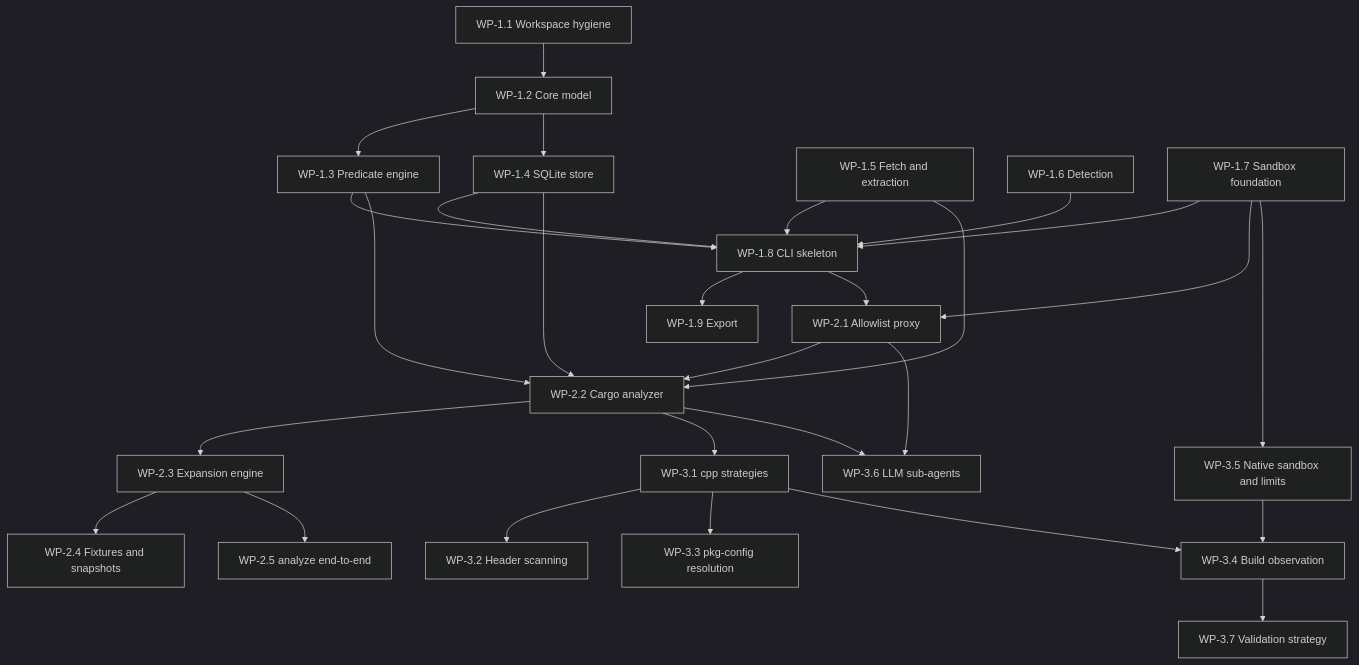
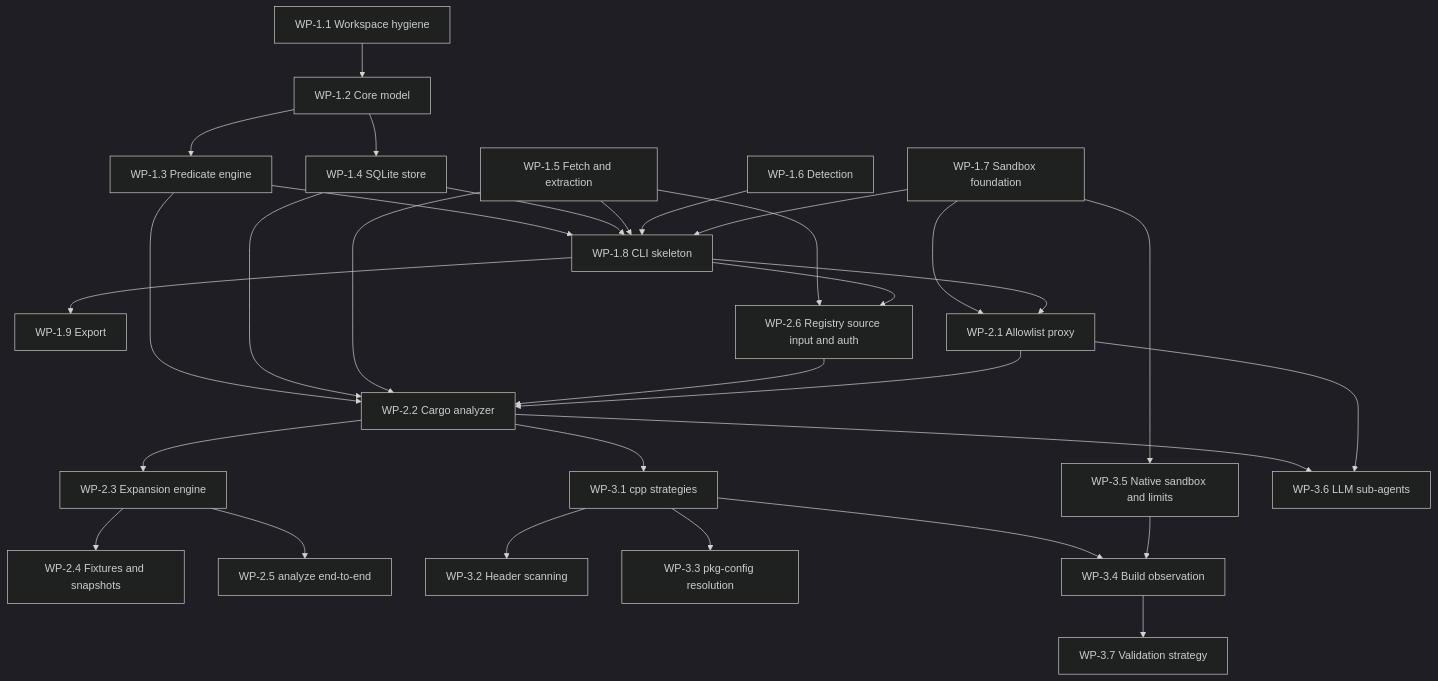
The first of 2 diagrams in robigus/plans/phase_1_plan.md (canonical/robigus), drawn with Mermaid (dark theme) before and after one commit. The commit also changed other lines of this file, not shown here.

````diff
--- a/robigus/plans/phase_1_plan.md
+++ b/robigus/plans/phase_1_plan.md
@@ -40,30 +40,33 @@
 ```mermaid
 flowchart TD
     WP11[WP-1.1 Workspace hygiene] --> WP12[WP-1.2 Core model]
     WP12 --> WP13[WP-1.3 Predicate engine]
     WP12 --> WP14[WP-1.4 SQLite store]
     WP13 --> WP18[WP-1.8 CLI skeleton]
     WP14 --> WP18
     WP15[WP-1.5 Fetch and extraction] --> WP18
     WP16[WP-1.6 Detection] --> WP18
     WP17[WP-1.7 Sandbox foundation] --> WP18
     WP18 --> WP19[WP-1.9 Export]
     WP17 --> WP21[WP-2.1 Allowlist proxy]
     WP18 --> WP21
     WP13 --> WP22[WP-2.2 Cargo analyzer]
     WP14 --> WP22
     WP15 --> WP22
+    WP15 --> WP26[WP-2.6 Registry source input and auth]
+    WP18 --> WP26
+    WP26 --> WP22
     WP21 --> WP22
     WP22 --> WP23[WP-2.3 Expansion engine]
     WP23 --> WP24[WP-2.4 Fixtures and snapshots]
     WP23 --> WP25[WP-2.5 analyze end-to-end]
     WP22 --> WP31[WP-3.1 cpp strategies]
     WP31 --> WP32[WP-3.2 Header scanning]
     WP31 --> WP33[WP-3.3 pkg-config resolution]
     WP17 --> WP35[WP-3.5 Native sandbox and limits]
     WP31 --> WP34[WP-3.4 Build observation]
     WP35 --> WP34
     WP22 --> WP36[WP-3.6 LLM sub-agents]
     WP21 --> WP36
     WP34 --> WP37[WP-3.7 Validation strategy]
 ```
````
